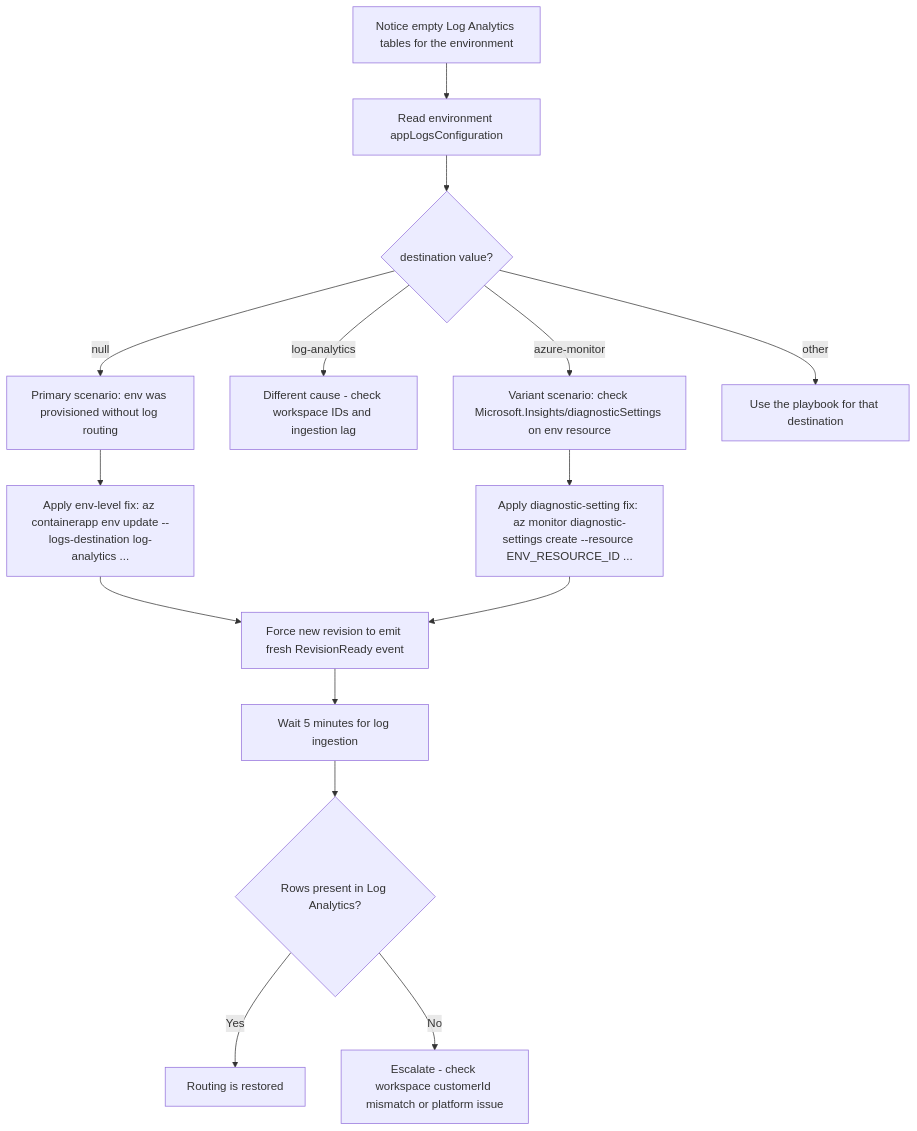
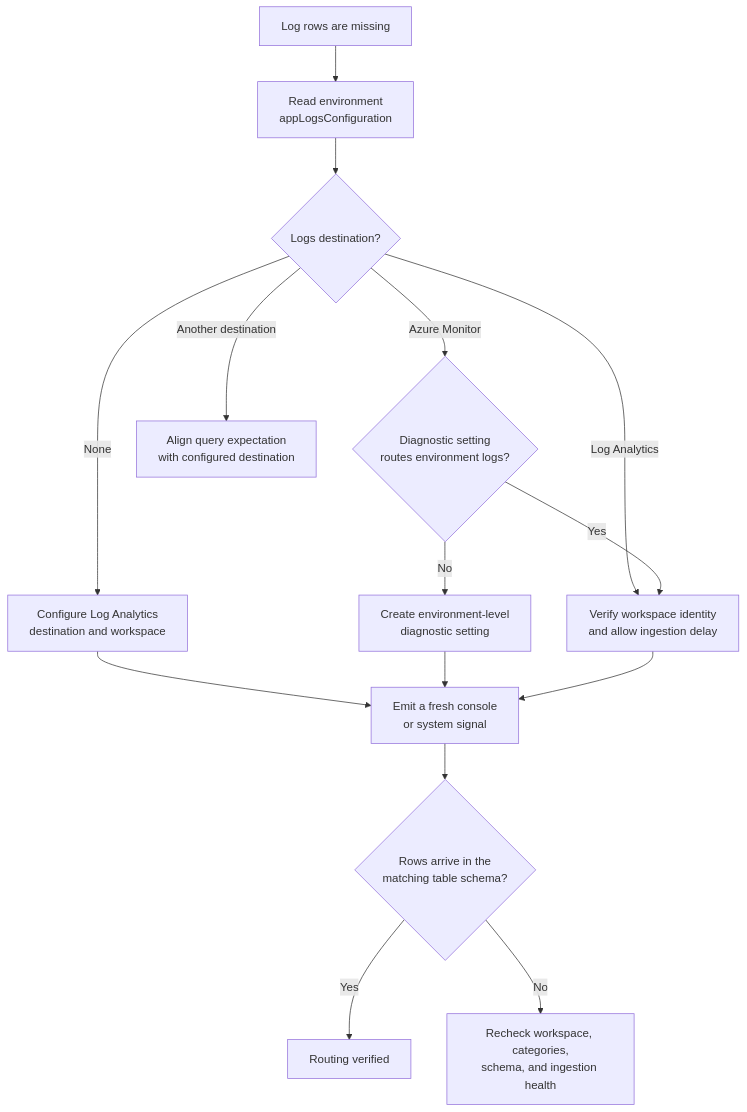
One commit to yeongseon/azure-container-apps-practical-guide changed the diagram in docs/troubleshooting/playbooks/observability/diagnostic-settings-missing.md. Above: the diagram before and after it, drawn with Mermaid. The commit also changed other lines of this file and 28 other files, not shown here.

Commit message:
docs(diagrams): migrate playbook diagnostic flows (#627)

````diff
--- a/docs/troubleshooting/playbooks/observability/diagnostic-settings-missing.md
+++ b/docs/troubleshooting/playbooks/observability/diagnostic-settings-missing.md
@@ -49,17 +49,20 @@
 ```mermaid
 flowchart TD
-    A[Notice empty Log Analytics tables for the environment] --> B[Read environment appLogsConfiguration]
-    B --> C{destination value?}
-    C -->|null| D[Primary scenario: env was provisioned without log routing]
-    C -->|log-analytics| E[Different cause - check workspace IDs and ingestion lag]
-    C -->|azure-monitor| F[Variant scenario: check Microsoft.Insights/diagnosticSettings on env resource]
-    C -->|other| G[Use the playbook for that destination]
-    D --> H[Apply env-level fix: az containerapp env update --logs-destination log-analytics ...]
-    F --> I[Apply diagnostic-setting fix: az monitor diagnostic-settings create --resource ENV_RESOURCE_ID ...]
-    H --> J[Force new revision to emit fresh RevisionReady event]
-    I --> J
-    J --> K[Wait 5 minutes for log ingestion]
-    K --> L{Rows present in Log Analytics?}
-    L -->|Yes| M[Routing is restored]
-    L -->|No| N[Escalate - check workspace customerId mismatch or platform issue]
+    accTitle: Restore Container Apps log routing
+    accDescr: Branch on the environment logs destination, configure direct Log Analytics or Azure Monitor diagnostic settings as required, emit a fresh signal, and verify ingestion.
+
+    START[Log rows are missing] --> READ[Read environment<br/>appLogsConfiguration]
+    READ --> DEST{Logs destination?}
+    DEST -->|None| DIRECT[Configure Log Analytics<br/>destination and workspace]
+    DEST -->|Log Analytics| WORKSPACE[Verify workspace identity<br/>and allow ingestion delay]
+    DEST -->|Azure Monitor| SETTINGS{Diagnostic setting<br/>routes environment logs?}
+    SETTINGS -->|No| CREATE[Create environment-level<br/>diagnostic setting]
+    SETTINGS -->|Yes| WORKSPACE
+    DEST -->|Another destination| EXPECTATION[Align query expectation<br/>with configured destination]
+    DIRECT --> SIGNAL[Emit a fresh console<br/>or system signal]
+    CREATE --> SIGNAL
+    WORKSPACE --> SIGNAL
+    SIGNAL --> ROWS{Rows arrive in the<br/>matching table schema?}
+    ROWS -->|Yes| DONE[Routing verified]
+    ROWS -->|No| ESCALATE[Recheck workspace, categories,<br/>schema, and ingestion health]
 ```
````
